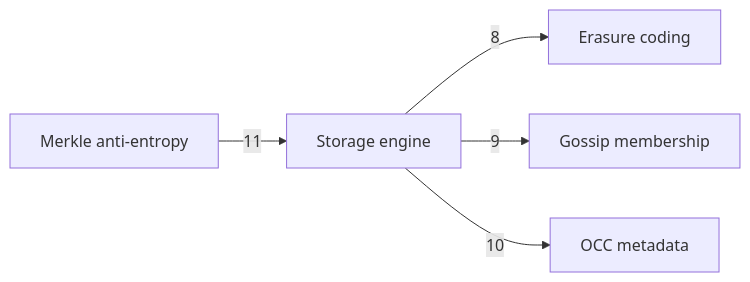
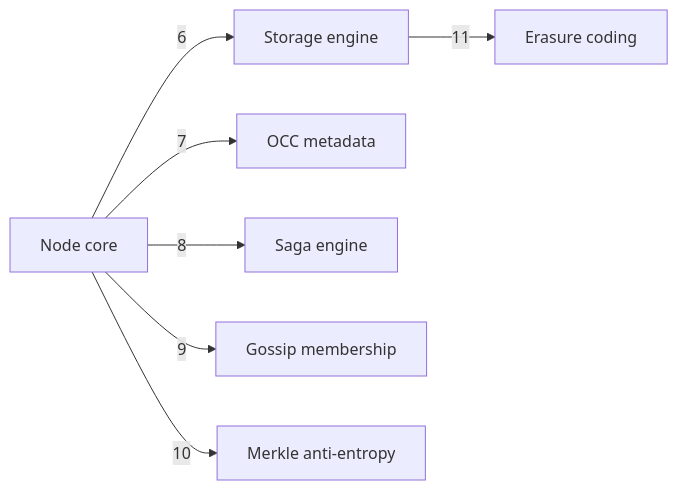
The diagram in docs/c4/diagrams/02-container-c.mmd (nickstrad/decentralized-object-store), drawn with Mermaid before and after one commit. The commit also changed 28 other files, not shown here.

Commit message:
c4: redraw the diagrams as built: a node core that implements every package's interfaces, a node runtime, the object API over one service interface

```diff
--- a/docs/c4/diagrams/02-container-c.mmd
+++ b/docs/c4/diagrams/02-container-c.mmd
@@ -1,6 +1,8 @@
 %% draw-visual: -x 4 -y 1 -p 0
 graph LR
-  MERKLE[Merkle anti-entropy] -->|11| STORAGE[Storage engine]
-  STORAGE -->|8| ERASURE[Erasure coding]
-  STORAGE -->|9| GOSSIP[Gossip membership]
-  STORAGE -->|10| OCC[OCC metadata]
+  NODE[Node core] -->|6| STORAGE[Storage engine]
+  STORAGE -->|11| ERASURE[Erasure coding]
+  NODE -->|7| OCC[OCC metadata]
+  NODE -->|8| SAGA[Saga engine]
+  NODE -->|9| GOSSIP[Gossip membership]
+  NODE -->|10| MERKLE[Merkle anti-entropy]
```
